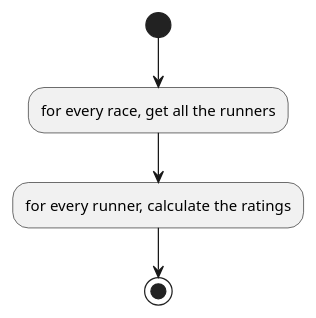
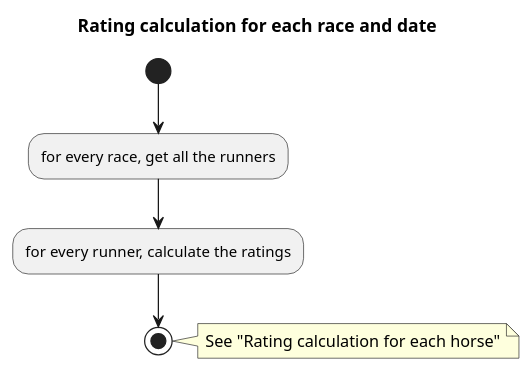
One commit to Ramadamadam/fl-track-mate-rating-algorithm changed the diagram in doc/java-code-flow/03.final-rating-calculation-for-each-race-for-a-given-date.puml. Above: the diagram before and after it, drawn with PlantUML. The commit also changed 4 other files, not shown here.

```diff
--- a/doc/java-code-flow/03.final-rating-calculation-for-each-race-for-a-given-date.puml
+++ b/doc/java-code-flow/03.final-rating-calculation-for-each-race-for-a-given-date.puml
@@ -1,7 +1,11 @@
 @startuml
+title Rating calculation for each race and date
 (*) --> "for every race, get all the runners"
 
 
 "for every race, get all the runners" --> "for every runner, calculate the ratings"
 "for every runner, calculate the ratings" --> (*)
+note right
+See "Rating calculation for each horse"
+end note
 @enduml
```
